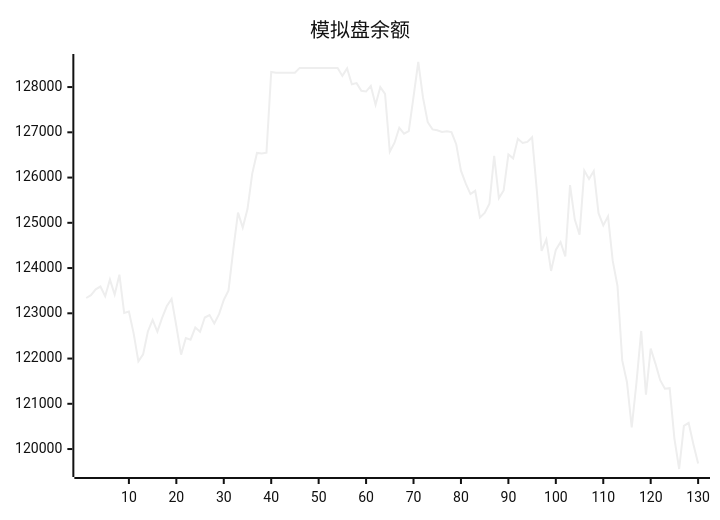
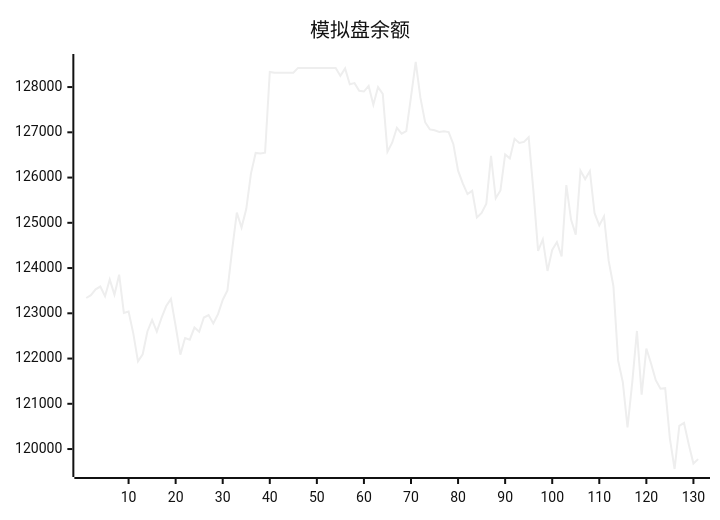
One commit to aahl/ai-trading changed the diagram in README.md. Above: the diagram before and after it, drawn with Mermaid (neutral theme). The commit also changed other lines of this file and 1 other file, not shown here.

````diff
--- a/README.md
+++ b/README.md
@@ -5,5 +5,5 @@
 ```mermaid
 xychart
     title "模拟盘余额"
-    line [123338,123402,123530,123592,123378,123745,123413,123853,123009,123040,122557,121938,122095,122599,122856,122597,122898,123160,123319,122719,122087,122454,122416,122685,122592,122907,122961,122776,122981,123295,123507,124403,125224,124894,125303,126088,126544,126534,126549,128335,128318,128318,128318,128318,128318,128424,128424,128424,128424,128424,128424,128424,128424,128424,128247,128412,128062,128087,127917,127901,128026,127611,128000,127850,126572,126770,127100,126971,127029,127783,128554,127765,127224,127064,127044,127009,127025,127004,126738,126152,125871,125635,125707,125117,125217,125420,126480,125545,125715,126511,126424,126856,126764,126788,126890,125710,124381,124632,123936,124402,124574,124256,125833,125070,124739,126154,125966,126145,125213,124943,125143,124157,123604,121959,121476,120476,121470,122610,121201,122221,121889,121522,121332,121344,120232,119559,120513,120577,120108,119680]
+    line [123338,123402,123530,123592,123378,123745,123413,123853,123009,123040,122557,121938,122095,122599,122856,122597,122898,123160,123319,122719,122087,122454,122416,122685,122592,122907,122961,122776,122981,123295,123507,124403,125224,124894,125303,126088,126544,126534,126549,128335,128318,128318,128318,128318,128318,128424,128424,128424,128424,128424,128424,128424,128424,128424,128247,128412,128062,128087,127917,127901,128026,127611,128000,127850,126572,126770,127100,126971,127029,127783,128554,127765,127224,127064,127044,127009,127025,127004,126738,126152,125871,125635,125707,125117,125217,125420,126480,125545,125715,126511,126424,126856,126764,126788,126890,125710,124381,124632,123936,124402,124574,124256,125833,125070,124739,126154,125966,126145,125213,124943,125143,124157,123604,121959,121476,120476,121470,122610,121201,122221,121889,121522,121332,121344,120232,119559,120513,120577,120108,119680,119777]
 ```
````
